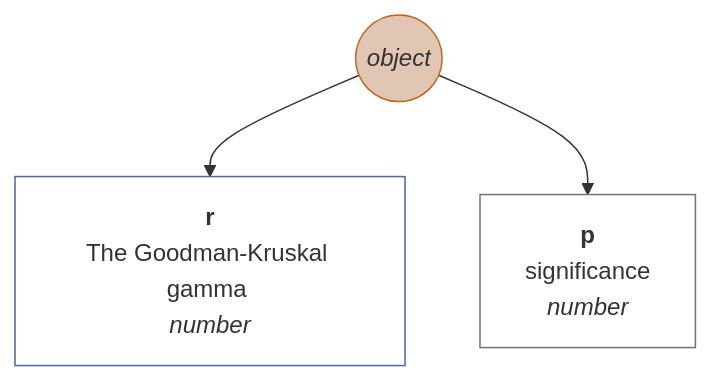
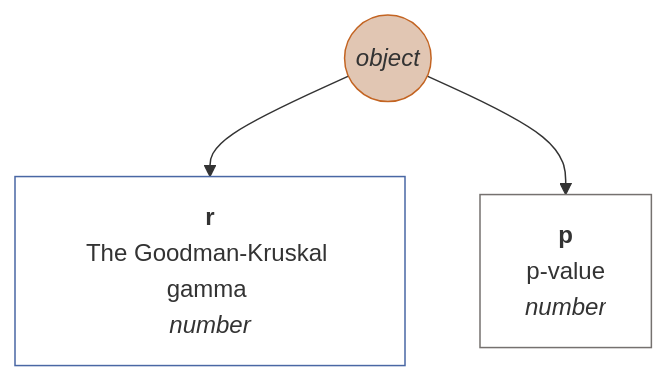
One commit to muzikp/retusa changed diagram 28 of 38 in docs/en-GB.md. Above: the diagram before and after it, drawn with Mermaid. The commit also changed other lines of this file and 8 other files, not shown here.

````diff
--- a/docs/en-GB.md
+++ b/docs/en-GB.md
@@ -1012,13 +1012,13 @@
 ```mermaid
 graph TD
 correlGamma((<i>object</i>))
 style correlGamma fill:#E1C6B3;
 style correlGamma stroke:#C36422;
 correlGamma --> r[<b>r</b><br>The Goodman-Kruskal gamma <br><i>number</i>]
 style r fill:#FFFFFF;
 style r stroke:#4967A4;
-correlGamma --> p[<b>p</b><br>significance <br><i>number</i>]
+correlGamma --> p[<b>p</b><br>p-value <br><i>number</i>]
 style p fill:#FFFFFF;
 style p stroke:#75716F;
 
 ```
````
